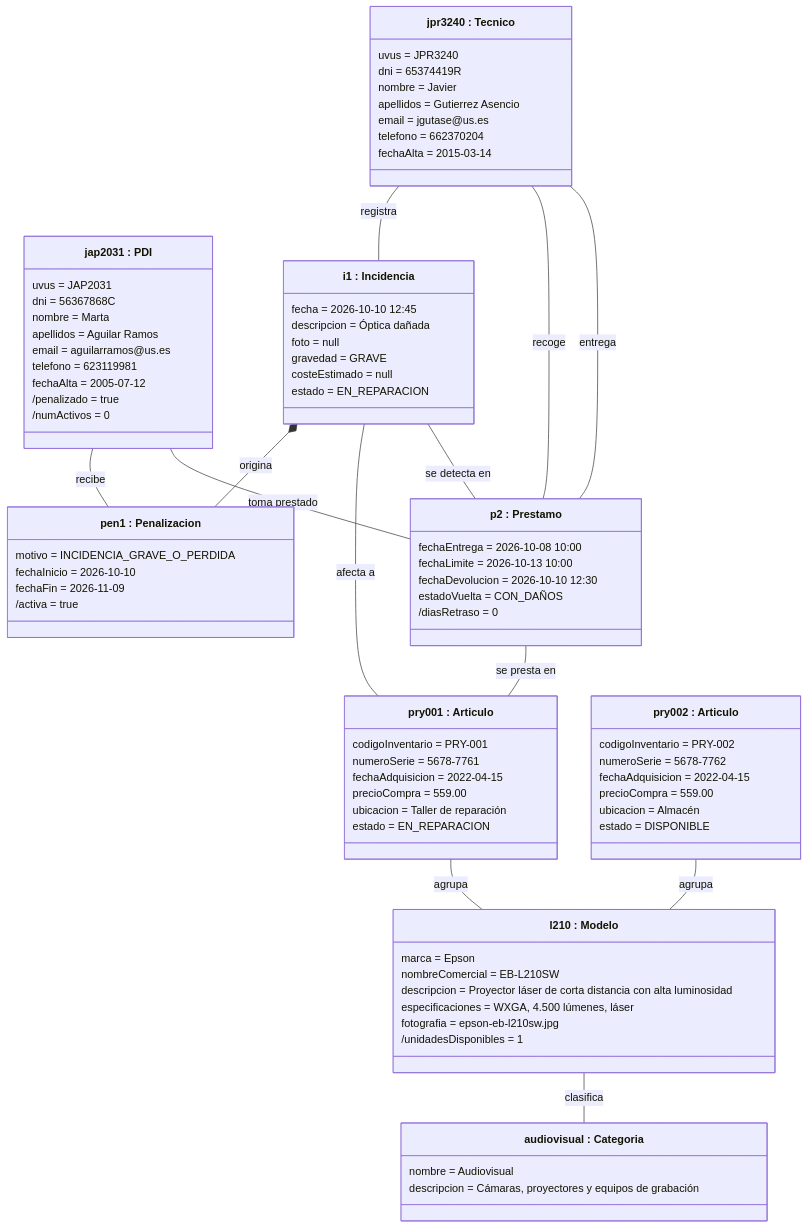
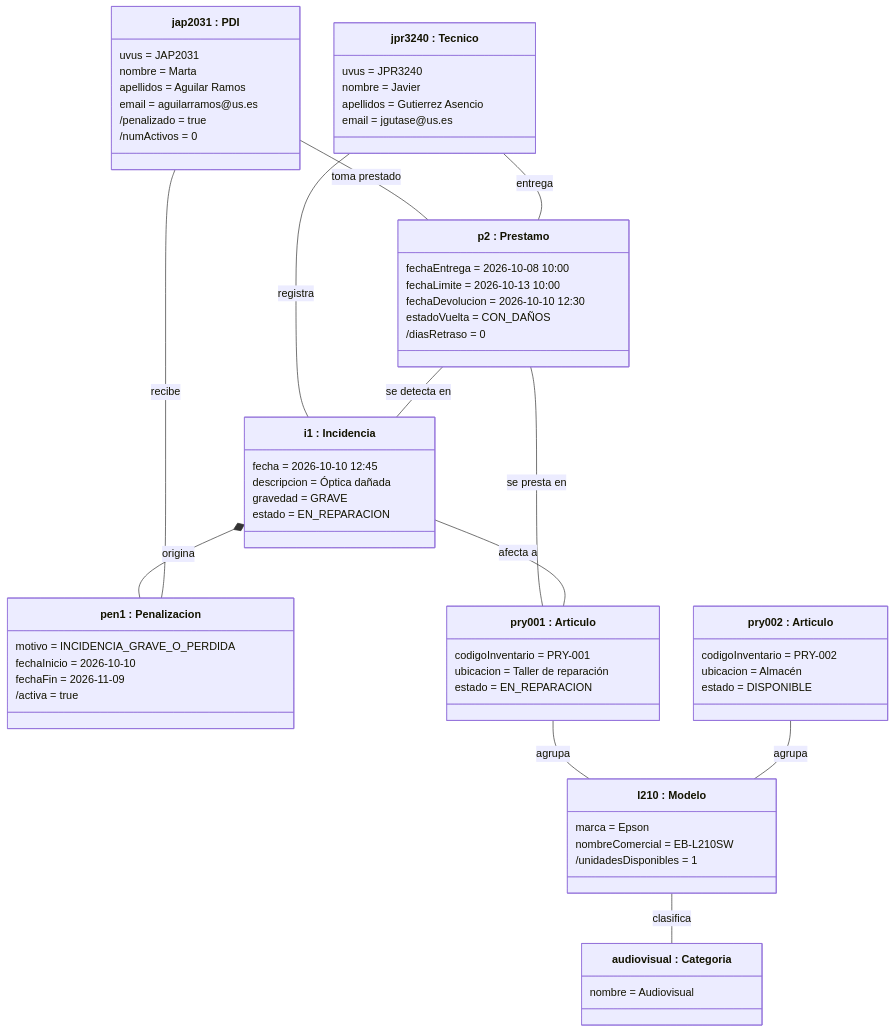
Before and after one commit to kikiyet/proyecto-curso-iissi1-2026-TKL4651: the fourth of 4 diagrams in README.md, drawn with Mermaid. The commit also changed other lines of this file, not shown here.

````diff
--- a/README.md
+++ b/README.md
@@ -725,26 +723,19 @@
 ```mermaid
 classDiagram
 direction TB
-
 class jap2031["jap2031 : PDI"] {
   uvus = JAP2031
-  dni = 56367868C
   nombre = Marta
   apellidos = Aguilar Ramos
   email = aguilarramos@us.es
-  telefono = 623119981
-  fechaAlta = 2005-07-12
   /penalizado = true
   /numActivos = 0
 }
 class jpr3240["jpr3240 : Tecnico"] {
   uvus = JPR3240
-  dni = 65374419R
   nombre = Javier
   apellidos = Gutierrez Asencio
   email = jgutase@us.es
-  telefono = 662370204
-  fechaAlta = 2015-03-14
 }
 class p2["p2 : Prestamo"] {
   fechaEntrega = 2026-10-08 10:00
@@ -756,9 +747,7 @@
 class i1["i1 : Incidencia"] {
   fecha = 2026-10-10 12:45
   descripcion = Óptica dañada
-  foto = null
   gravedad = GRAVE
-  costeEstimado = null
   estado = EN_REPARACION
 }
 class pen1["pen1 : Penalizacion"] {
@@ -769,39 +758,27 @@
 }
 class pry001["pry001 : Articulo"] {
   codigoInventario = PRY-001
-  numeroSerie = 5678-7761
-  fechaAdquisicion = 2022-04-15
-  precioCompra = 559.00
   ubicacion = Taller de reparación
   estado = EN_REPARACION
 }
 class pry002["pry002 : Articulo"] {
   codigoInventario = PRY-002
-  numeroSerie = 5678-7762
-  fechaAdquisicion = 2022-04-15
-  precioCompra = 559.00
   ubicacion = Almacén
   estado = DISPONIBLE
 }
 class l210["l210 : Modelo"] {
   marca = Epson
   nombreComercial = EB-L210SW
-  descripcion = Proyector láser de corta distancia con alta luminosidad
-  especificaciones = WXGA, 4.500 lúmenes, láser
-  fotografia = epson-eb-l210sw.jpg
   /unidadesDisponibles = 1
 }
 class audiovisual["audiovisual : Categoria"] {
   nombre = Audiovisual
-  descripcion = Cámaras, proyectores y equipos de grabación
 }
-
 jap2031 -- p2 : toma prestado
+jpr3240 -- p2 : entrega
+jpr3240 -- i1 : registra
+p2 -- i1 : se detecta en
 p2 -- pry001 : se presta en
-jpr3240 -- p2 : entrega
-jpr3240 -- p2 : recoge
-jpr3240 -- i1 : registra
-i1 -- p2 : se detecta en
 i1 -- pry001 : afecta a
 i1 *-- pen1 : origina
 jap2031 -- pen1 : recibe
````
